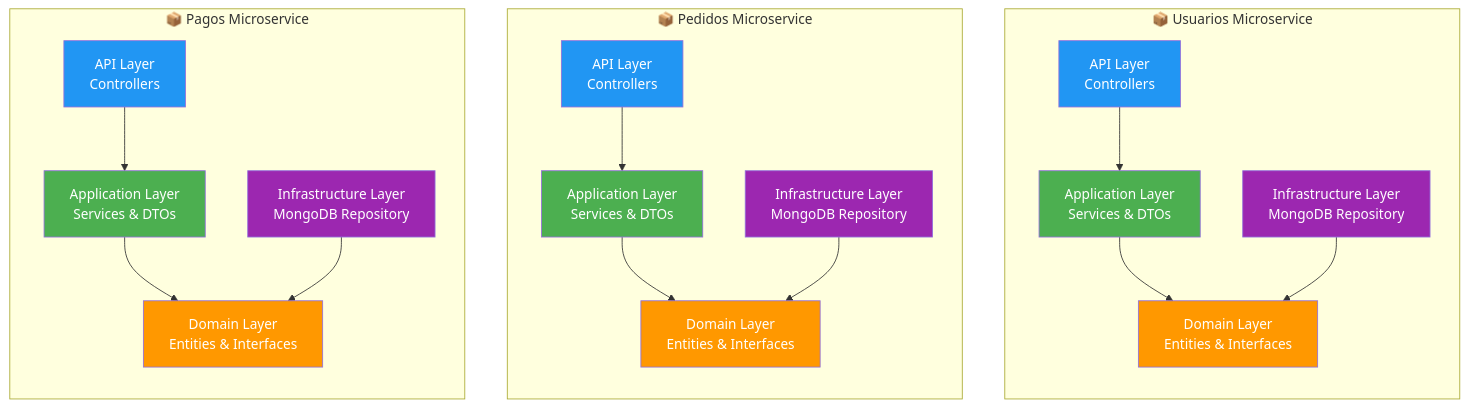
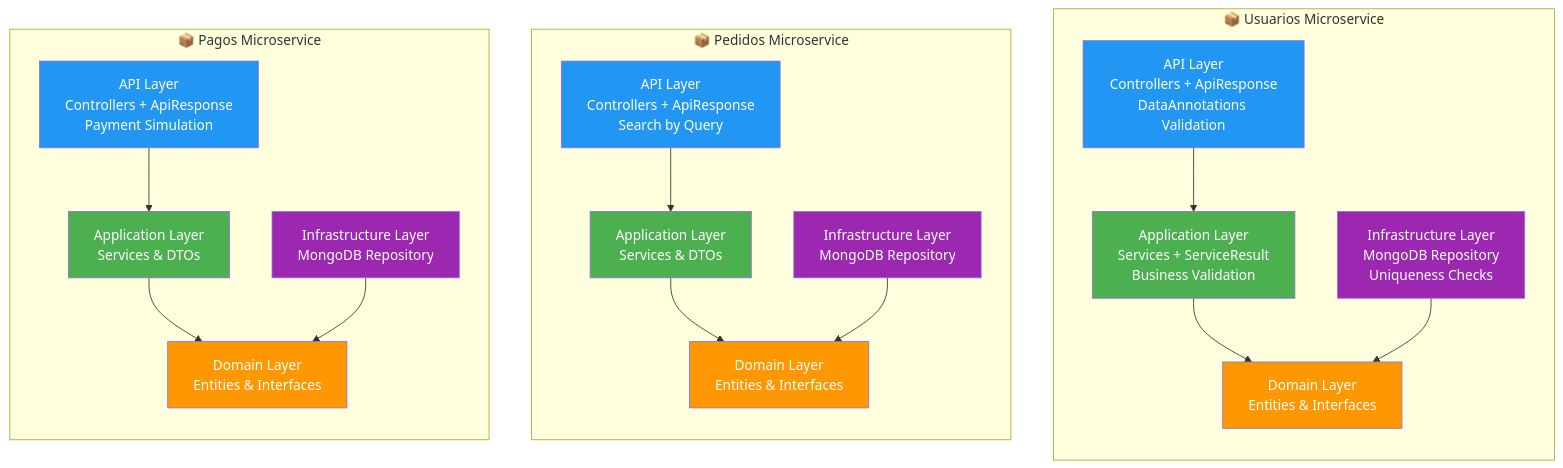
Before and after one commit to Chocopro713/MVP_Empresa_ABC: the diagram in arquitectura/diagrams/clean-architecture.mermaid, drawn with Mermaid. The commit also changed 24 other files, not shown here.

```diff
--- a/arquitectura/diagrams/clean-architecture.mermaid
+++ b/arquitectura/diagrams/clean-architecture.mermaid
@@ -1,51 +1,51 @@
 graph TB
     subgraph Usuarios["📦 Usuarios Microservice"]
         direction TB
-        UA[API Layer<br/>Controllers]
-        UApp[Application Layer<br/>Services & DTOs]
+        UA[API Layer<br/>Controllers + ApiResponse<br/>DataAnnotations Validation]
+        UApp[Application Layer<br/>Services + ServiceResult<br/>Business Validation]
         UD[Domain Layer<br/>Entities & Interfaces]
-        UI[Infrastructure Layer<br/>MongoDB Repository]
+        UI[Infrastructure Layer<br/>MongoDB Repository<br/>Uniqueness Checks]
         
         UA --> UApp
         UApp --> UD
         UI --> UD
     end
     
     subgraph Pedidos["📦 Pedidos Microservice"]
         direction TB
-        PA[API Layer<br/>Controllers]
+        PA[API Layer<br/>Controllers + ApiResponse<br/>Search by Query]
         PApp[Application Layer<br/>Services & DTOs]
         PD[Domain Layer<br/>Entities & Interfaces]
         PI[Infrastructure Layer<br/>MongoDB Repository]
         
         PA --> PApp
         PApp --> PD
         PI --> PD
     end
     
     subgraph Pagos["📦 Pagos Microservice"]
         direction TB
-        PgA[API Layer<br/>Controllers]
+        PgA[API Layer<br/>Controllers + ApiResponse<br/>Payment Simulation]
         PgApp[Application Layer<br/>Services & DTOs]
         PgD[Domain Layer<br/>Entities & Interfaces]
         PgI[Infrastructure Layer<br/>MongoDB Repository]
         
         PgA --> PgApp
         PgApp --> PgD
         PgI --> PgD
     end
     
     style UA fill:#2196F3,color:#fff
     style UApp fill:#4CAF50,color:#fff
     style UD fill:#FF9800,color:#fff
     style UI fill:#9C27B0,color:#fff
     
     style PA fill:#2196F3,color:#fff
     style PApp fill:#4CAF50,color:#fff
     style PD fill:#FF9800,color:#fff
     style PI fill:#9C27B0,color:#fff
     
     style PgA fill:#2196F3,color:#fff
     style PgApp fill:#4CAF50,color:#fff
     style PgD fill:#FF9800,color:#fff
     style PgI fill:#9C27B0,color:#fff
```
